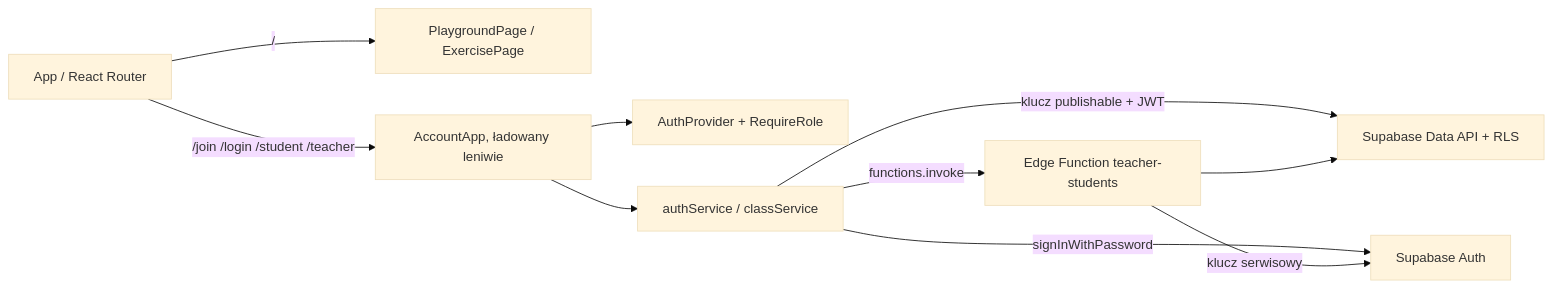
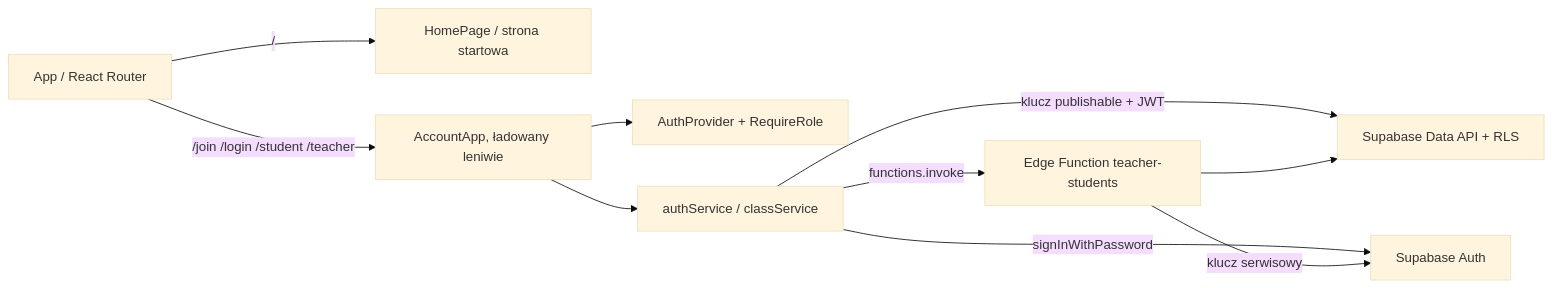
The second of 2 diagrams in docs/architecture.md (JakubZdankowski/platforma-python), drawn with Mermaid (base theme) before and after one commit. The commit also changed other lines of this file and 21 other files, not shown here.

````diff
--- a/docs/architecture.md
+++ b/docs/architecture.md
@@ -29,12 +29,12 @@
 ```mermaid
 flowchart LR
-  Router[App / React Router] -->|/| Playground[PlaygroundPage / ExercisePage]
+  Router[App / React Router] -->|/| Home[HomePage / strona startowa]
   Router -->|/join /login /student /teacher| Account[AccountApp, ładowany leniwie]
   Account --> Auth[AuthProvider + RequireRole]
   Account --> Services[authService / classService]
   Services -->|klucz publishable + JWT| PostgREST[Supabase Data API + RLS]
   Services -->|signInWithPassword| GoTrue[Supabase Auth]
   Services -->|functions.invoke| Fn[Edge Function teacher-students]
   Fn -->|klucz serwisowy| GoTrue
   Fn --> PostgREST
 ```
````
